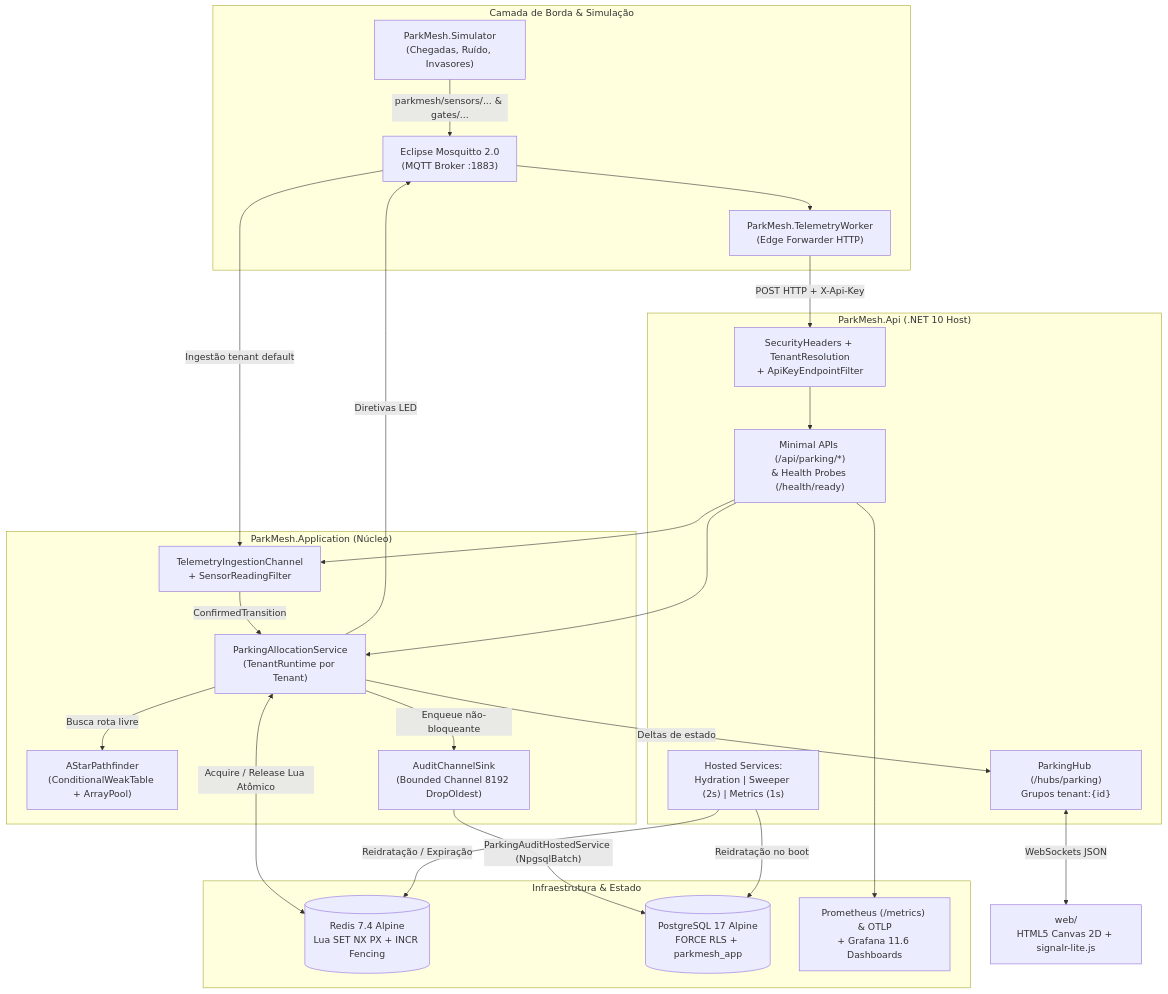
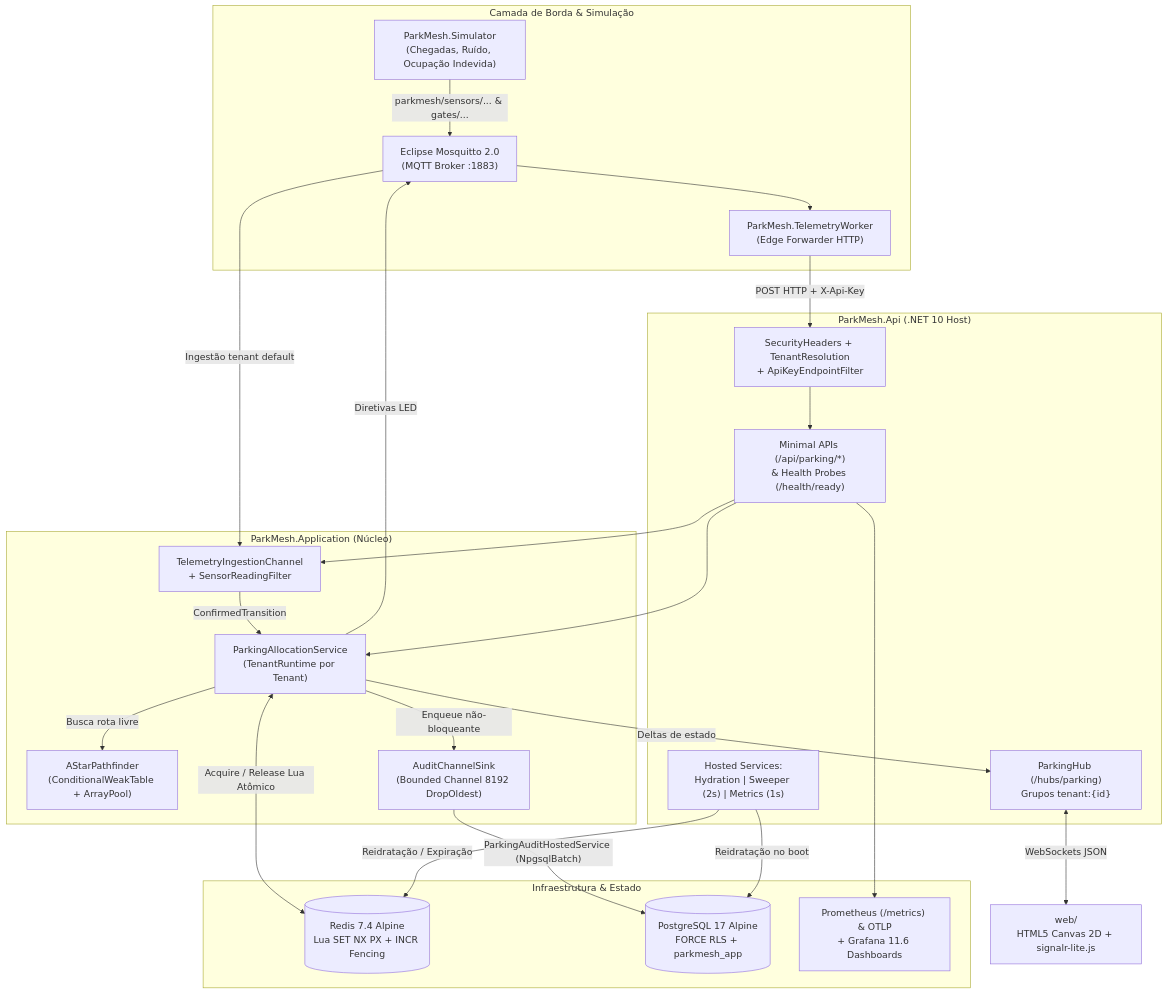
One commit to DevYuriVieira/parkmesh changed the fifth of 8 diagrams in README.md. Above: the diagram before and after it, drawn with Mermaid. The commit also changed other lines of this file, not shown here.

Commit message:
docs(readme): sync 3-floor topology, lightweight 2D simulator, and test counts

````diff
--- a/README.md
+++ b/README.md
@@ -959,51 +959,51 @@
 ```mermaid
 flowchart TD
     subgraph EdgeLayer ["Camada de Borda & Simulação"]
-        Sim["ParkMesh.Simulator\n(Chegadas, Ruído, Invasores)"]
+        Sim["ParkMesh.Simulator\n(Chegadas, Ruído, Ocupação Indevida)"]
         Mosq["Eclipse Mosquitto 2.0\n(MQTT Broker :1883)"]
         Worker["ParkMesh.TelemetryWorker\n(Edge Forwarder HTTP)"]
     end
 
     subgraph ApiLayer ["ParkMesh.Api (.NET 10 Host)"]
         Security["SecurityHeaders + TenantResolution\n+ ApiKeyEndpointFilter"]
         Endpoints["Minimal APIs (/api/parking/*)\n& Health Probes (/health/ready)"]
         Hub["ParkingHub (/hubs/parking)\nGrupos tenant:{id}"]
         Hosted["Hosted Services:\nHydration | Sweeper (2s) | Metrics (1s)"]
     end
 
     subgraph CoreEngine ["ParkMesh.Application (Núcleo)"]
         Alloc["ParkingAllocationService\n(TenantRuntime por Tenant)"]
         AStar["AStarPathfinder\n(ConditionalWeakTable + ArrayPool)"]
         SensorPipe["TelemetryIngestionChannel\n+ SensorReadingFilter"]
         AuditSink["AuditChannelSink\n(Bounded Channel 8192 DropOldest)"]
     end
 
     subgraph DataInfra ["Infraestrutura & Estado"]
         Redis[("Redis 7.4 Alpine\nLua SET NX PX + INCR Fencing")]
         PG[("PostgreSQL 17 Alpine\nFORCE RLS + parkmesh_app")]
         Obs["Prometheus (/metrics) & OTLP\n+ Grafana 11.6 Dashboards"]
     end
 
     Web["web/\nHTML5 Canvas 2D + signalr-lite.js"]
 
     Sim -->|"parkmesh/sensors/... & gates/..."| Mosq
     Mosq --> Worker
     Mosq -->|"Ingestão tenant default"| SensorPipe
     Worker -->|"POST HTTP + X-Api-Key"| Security
     Security --> Endpoints
     Endpoints --> Alloc
     Endpoints --> SensorPipe
     SensorPipe -->|"ConfirmedTransition"| Alloc
 
     Alloc -->|"Busca rota livre"| AStar
     Alloc <-->|"Acquire / Release Lua Atômico"| Redis
     Alloc -->|"Enqueue não-bloqueante"| AuditSink
     Alloc -->|"Diretivas LED"| Mosq
     Alloc -->|"Deltas de estado"| Hub
 
     AuditSink -->|"ParkingAuditHostedService (NpgsqlBatch)"| PG
     Hosted -->|"Reidratação no boot"| PG
     Hosted -->|"Reidratação / Expiração"| Redis
     Hub <-->|"WebSockets JSON"| Web
     Endpoints --> Obs
 ```
````
